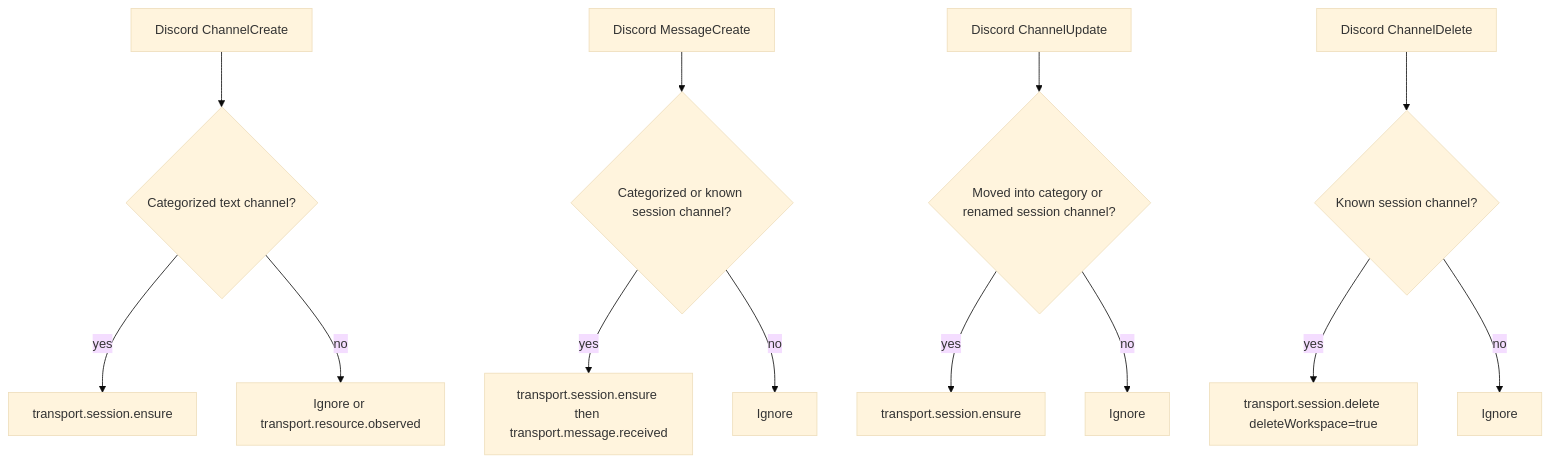
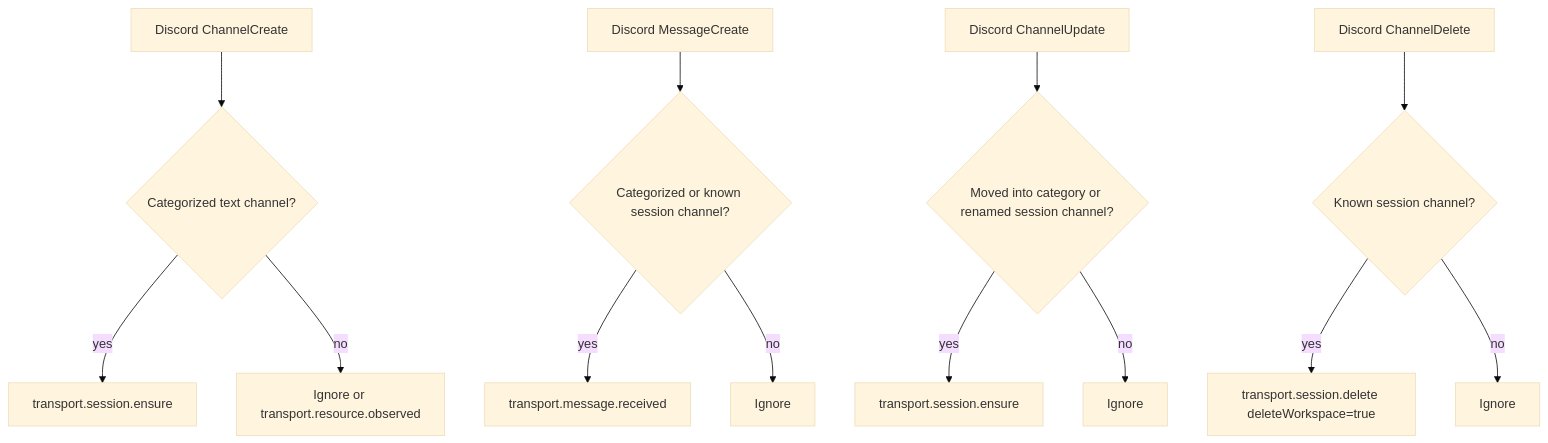
One commit to Moorline/packages changed the diagram in docs/DISCORD_TRANSPORT_INTENT_MIGRATION.md. Above: the diagram before and after it, drawn with Mermaid (base theme). The commit also changed other lines of this file and 16 other files, not shown here.

````diff
--- a/docs/DISCORD_TRANSPORT_INTENT_MIGRATION.md
+++ b/docs/DISCORD_TRANSPORT_INTENT_MIGRATION.md
@@ -22,18 +22,18 @@
 ```mermaid
 flowchart TD
   A[Discord ChannelCreate] --> B{Categorized text channel?}
   B -->|yes| C[transport.session.ensure]
   B -->|no| D[Ignore or transport.resource.observed]
 
   E[Discord MessageCreate] --> F{Categorized or known session channel?}
-  F -->|yes| G[transport.session.ensure then transport.message.received]
+  F -->|yes| G[transport.message.received]
   F -->|no| H[Ignore]
 
   M[Discord ChannelUpdate] --> N{Moved into category or renamed session channel?}
   N -->|yes| O[transport.session.ensure]
   N -->|no| P[Ignore]
 
   I[Discord ChannelDelete] --> J{Known session channel?}
   J -->|yes| K[transport.session.delete deleteWorkspace=true]
   J -->|no| L[Ignore]
 ```
````
